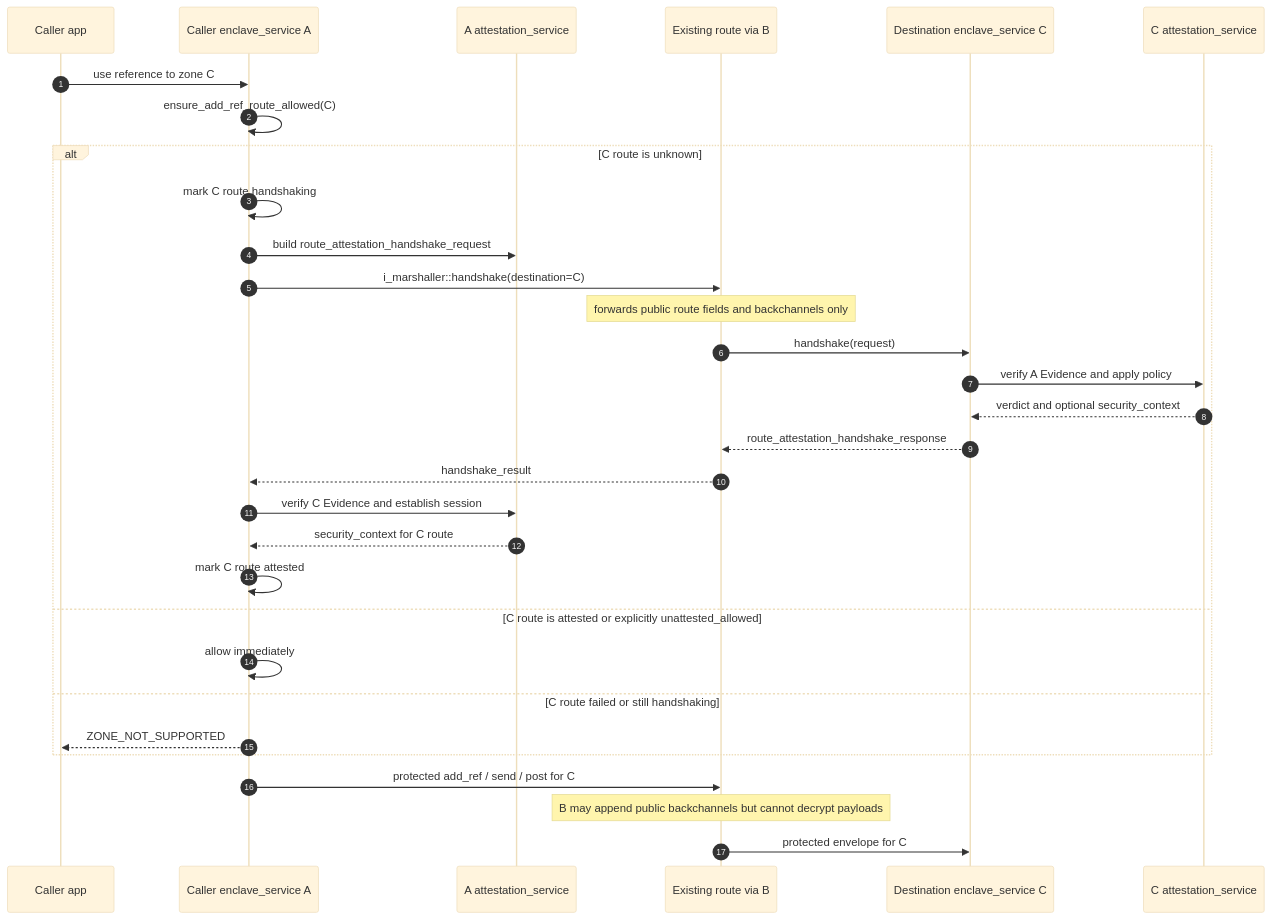
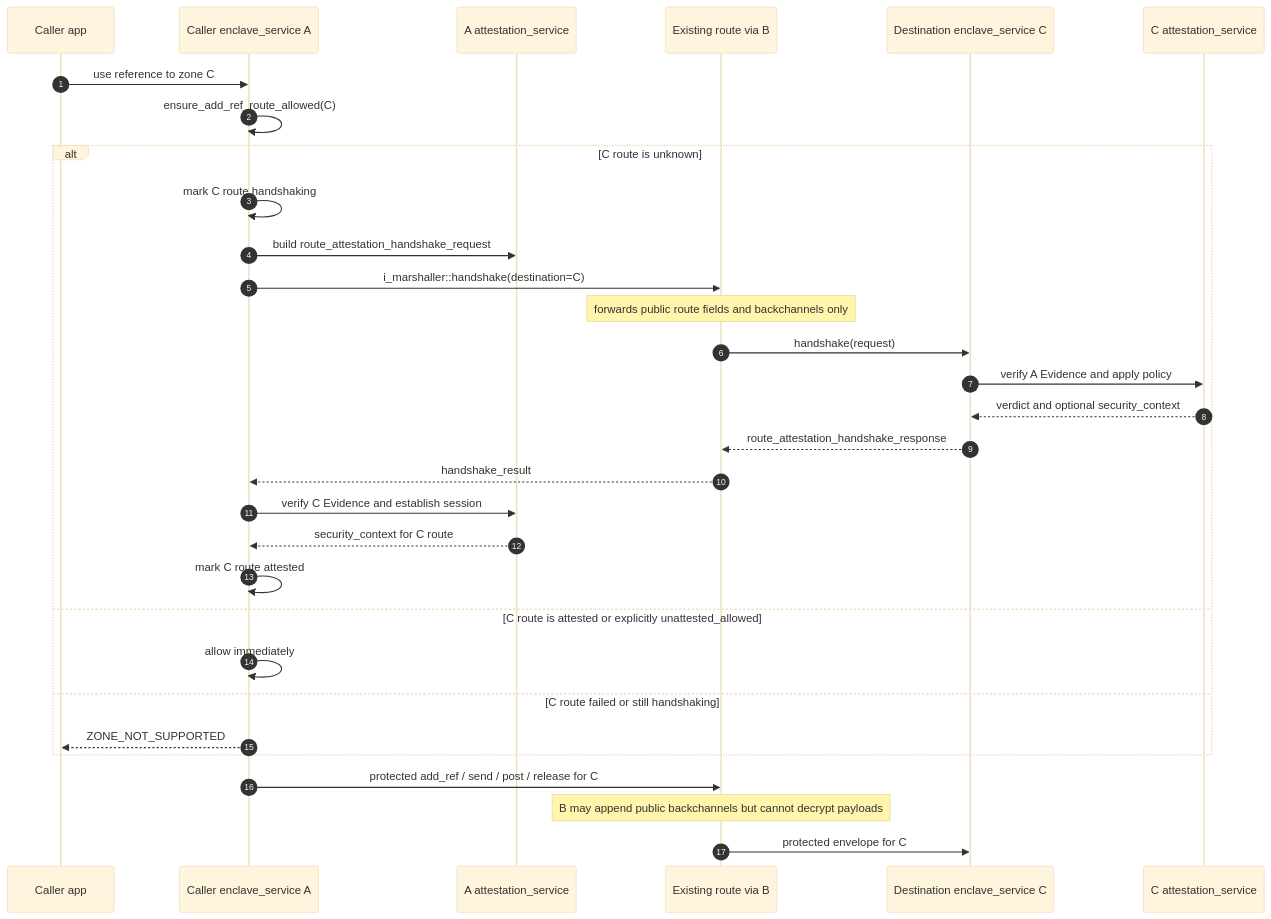
Before and after one commit to edwardbr/Canopy: the fourth of 5 diagrams in documents/security/attestation/overview.md, drawn with Mermaid (base theme). The commit also changed other lines of this file and 8 other files, not shown here.

Commit message:
implemented protected release

````diff
--- a/documents/security/attestation/overview.md
+++ b/documents/security/attestation/overview.md
@@ -314,35 +322,35 @@
 ```mermaid
 sequenceDiagram
     autonumber
     participant AppA as Caller app
     participant ServiceA as Caller enclave_service A
     participant AttA as A attestation_service
     participant RouteB as Existing route via B
     participant ServiceC as Destination enclave_service C
     participant AttC as C attestation_service
 
     AppA->>ServiceA: use reference to zone C
     ServiceA->>ServiceA: ensure_add_ref_route_allowed(C)
     alt C route is unknown
         ServiceA->>ServiceA: mark C route handshaking
         ServiceA->>AttA: build route_attestation_handshake_request
         ServiceA->>RouteB: i_marshaller::handshake(destination=C)
         Note over RouteB: forwards public route fields and backchannels only
         RouteB->>ServiceC: handshake(request)
         ServiceC->>AttC: verify A Evidence and apply policy
         AttC-->>ServiceC: verdict and optional security_context
         ServiceC-->>RouteB: route_attestation_handshake_response
         RouteB-->>ServiceA: handshake_result
         ServiceA->>AttA: verify C Evidence and establish session
         AttA-->>ServiceA: security_context for C route
         ServiceA->>ServiceA: mark C route attested
     else C route is attested or explicitly unattested_allowed
         ServiceA->>ServiceA: allow immediately
     else C route failed or still handshaking
         ServiceA-->>AppA: ZONE_NOT_SUPPORTED
     end
 
-    ServiceA->>RouteB: protected add_ref / send / post for C
+    ServiceA->>RouteB: protected add_ref / send / post / release for C
     Note over RouteB: B may append public backchannels but cannot decrypt payloads
     RouteB->>ServiceC: protected envelope for C
 ```
````
